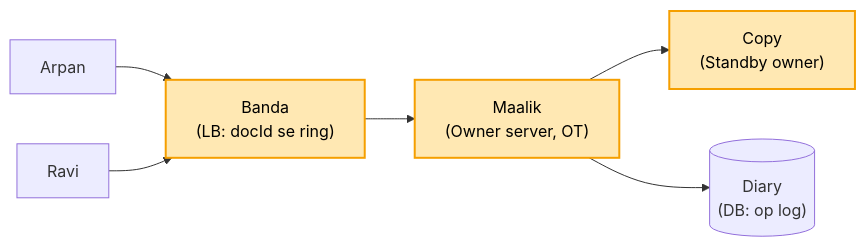
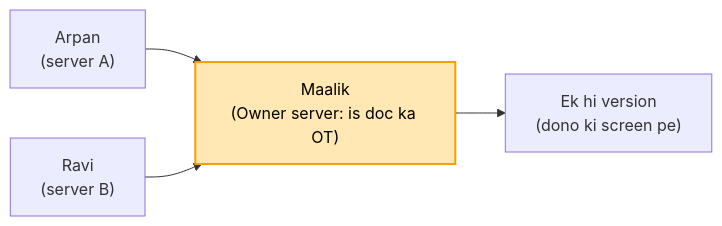
Before and after one commit to ArpanMaheshwari144/Prep: the fourth of 7 diagrams in 04_HLD/SYSTEM_DESIGNS/11_google_docs_collab/11_google_docs_collab.md, drawn with Mermaid. The commit also changed other lines of this file and 17 other files, not shown here.

Commit message:
HLD: 17 main files hand notes se milaye (har block alag section, kahani + asli naam, mermaid), technical naam bhi rakhe

````diff
--- a/04_HLD/SYSTEM_DESIGNS/11_google_docs_collab/11_google_docs_collab.md
+++ b/04_HLD/SYSTEM_DESIGNS/11_google_docs_collab/11_google_docs_collab.md
@@ -66,11 +96,7 @@
 ```mermaid
 flowchart LR
-    A["Arpan"] --> LB["Banda<br/>(LB: docId se ring)"]
-    R["Ravi"] --> LB
-    LB --> O["Maalik<br/>(Owner server, OT)"]
-    O --> C["Copy<br/>(Standby owner)"]
-    O --> D[("Diary<br/>(DB: op log)")]
-    style LB fill:#ffe8b3,stroke:#f59f00,stroke-width:2px,color:#000
+    A["Arpan<br/>(server A)"] --> O["Maalik<br/>(Owner server: is doc ka OT)"]
+    R["Ravi<br/>(server B)"] --> O
+    O --> V["Ek hi version<br/>(dono ki screen pe)"]
     style O fill:#ffe8b3,stroke:#f59f00,stroke-width:2px,color:#000
-    style C fill:#ffe8b3,stroke:#f59f00,stroke-width:2px,color:#000
 ```
````
